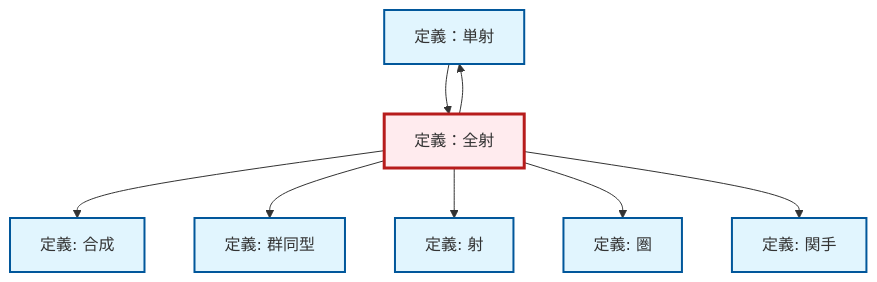
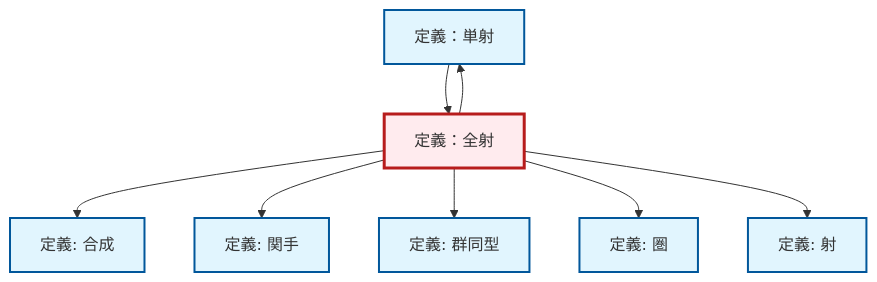
The diagram in content/ja/category-theory/def-epimorphism.qmd (RK0429/ModernMath), drawn with Mermaid before and after one commit. The commit also changed other lines of this file and 1012 other files, not shown here.

````diff
--- a/content/ja/category-theory/def-epimorphism.qmd
+++ b/content/ja/category-theory/def-epimorphism.qmd
@@ -97,30 +97,30 @@
 ```{mermaid}
 %%| fig-cap: "Local dependency graph"
 graph TD
     classDef definition fill:#e1f5fe,stroke:#01579b,stroke-width:2px
     classDef theorem fill:#f3e5f5,stroke:#4a148c,stroke-width:2px
     classDef axiom fill:#fff3e0,stroke:#e65100,stroke-width:2px
     classDef example fill:#e8f5e9,stroke:#1b5e20,stroke-width:2px
     classDef current fill:#ffebee,stroke:#b71c1c,stroke-width:3px
-    def-monomorphism["定義：単射"]:::definition
-    def-category["定義: 圏"]:::definition
-    def-epimorphism["定義：全射"]:::definition
     def-isomorphism["定義: 群同型"]:::definition
     def-composition["定義: 合成"]:::definition
+    def-category["定義: 圏"]:::definition
+    def-monomorphism["定義：単射"]:::definition
+    def-functor["定義: 関手"]:::definition
     def-morphism["定義: 射"]:::definition
-    def-functor["定義: 関手"]:::definition
+    def-epimorphism["定義：全射"]:::definition
     def-epimorphism --> def-composition
+    def-epimorphism --> def-functor
     def-epimorphism --> def-isomorphism
+    def-epimorphism --> def-category
+    def-epimorphism --> def-monomorphism
+    def-epimorphism --> def-morphism
     def-monomorphism --> def-epimorphism
-    def-epimorphism --> def-morphism
-    def-epimorphism --> def-category
-    def-epimorphism --> def-functor
-    def-epimorphism --> def-monomorphism
     class def-epimorphism current
-    click def-monomorphism "def-monomorphism.html" "定義：単射へ"
-    click def-category "def-category.html" "圏の定義へ"
     click def-isomorphism "def-isomorphism.html" "群同型の定義へ"
     click def-composition "def-composition.html" "合成の定義へ"
+    click def-category "def-category.html" "圏の定義へ"
+    click def-monomorphism "def-monomorphism.html" "定義：単射へ"
+    click def-functor "def-functor.html" "関手の定義へ"
     click def-morphism "def-morphism.html" "射の定義へ"
-    click def-functor "def-functor.html" "関手の定義へ"
 ```
````
